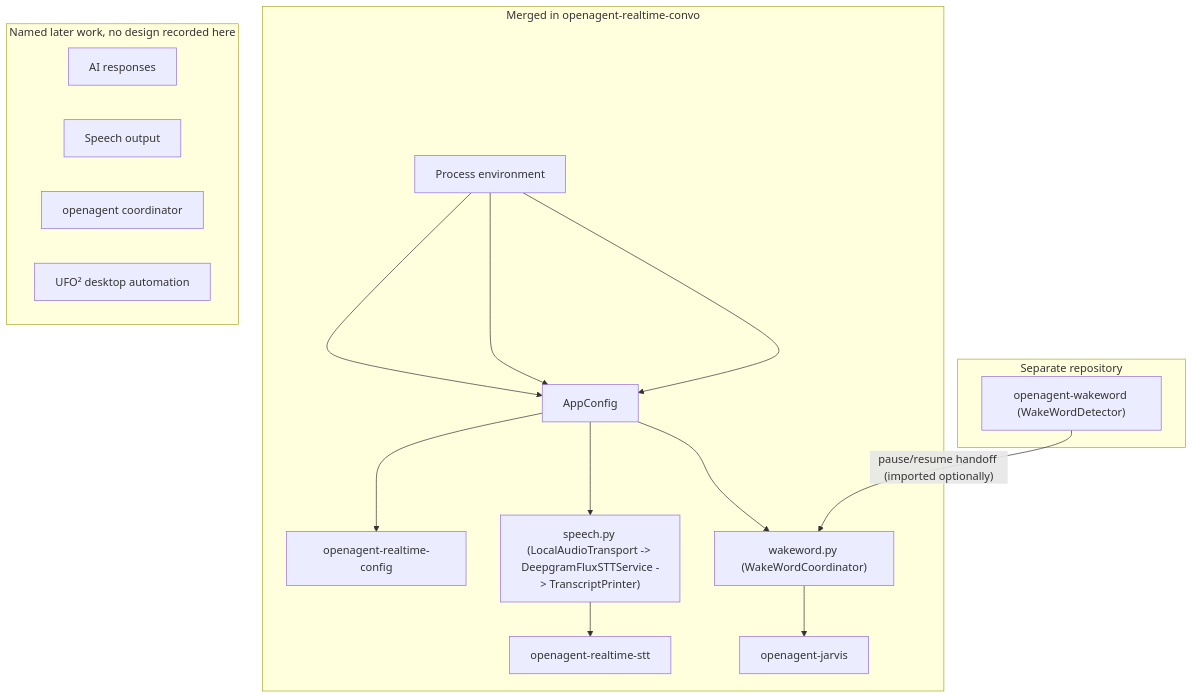
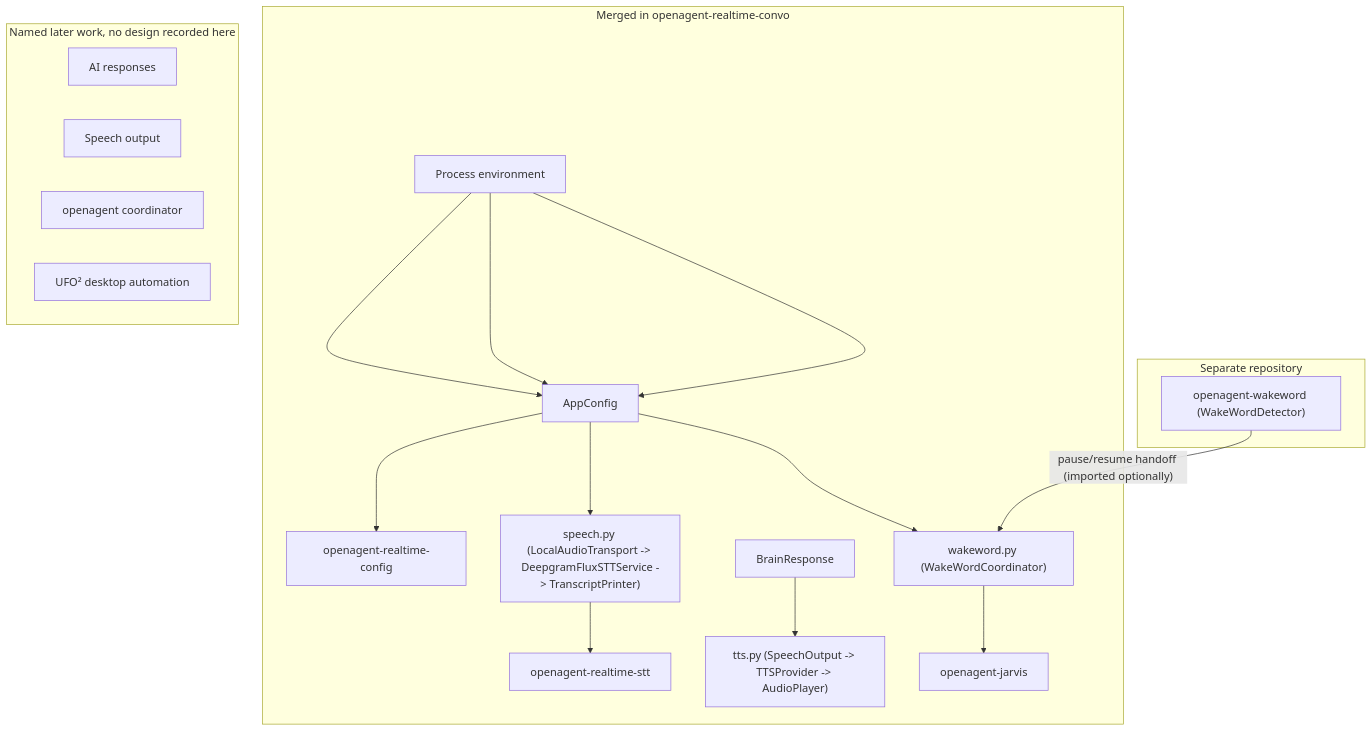
One commit to Sanj1th-M/openagent-realtime-convo changed the diagram in docs/ARCHITECTURE.md. Above: the diagram before and after it, drawn with Mermaid. The commit also changed other lines of this file and 8 other files, not shown here.

Commit message:
feat: add provider-neutral TTS output

````diff
--- a/docs/ARCHITECTURE.md
+++ b/docs/ARCHITECTURE.md
@@ -10,28 +11,30 @@
 ```mermaid
 flowchart TB
   subgraph merged["Merged in openagent-realtime-convo"]
     env["Process environment"]
     config["AppConfig"]
     cli["openagent-realtime-config"]
     stt["speech.py (LocalAudioTransport -> DeepgramFluxSTTService -> TranscriptPrinter)"]
     sttCli["openagent-realtime-stt"]
     coord["wakeword.py (WakeWordCoordinator)"]
+    tts["tts.py (SpeechOutput -> TTSProvider -> AudioPlayer)"]
     jarvisCli["openagent-jarvis"]
     env --> config --> cli
     env --> config --> stt --> sttCli
     env --> config --> coord --> jarvisCli
+    response["BrainResponse"] --> tts
   end
 
   subgraph separate["Separate repository"]
     wake["openagent-wakeword (WakeWordDetector)"]
   end
 
   wake -- "pause/resume handoff (imported optionally)" --> coord
 
   subgraph namedLater["Named later work, no design recorded here"]
     replies["AI responses"]
     speechOut["Speech output"]
     coordinator["openagent coordinator"]
     ufo["UFO² desktop automation"]
   end
 ```
````
